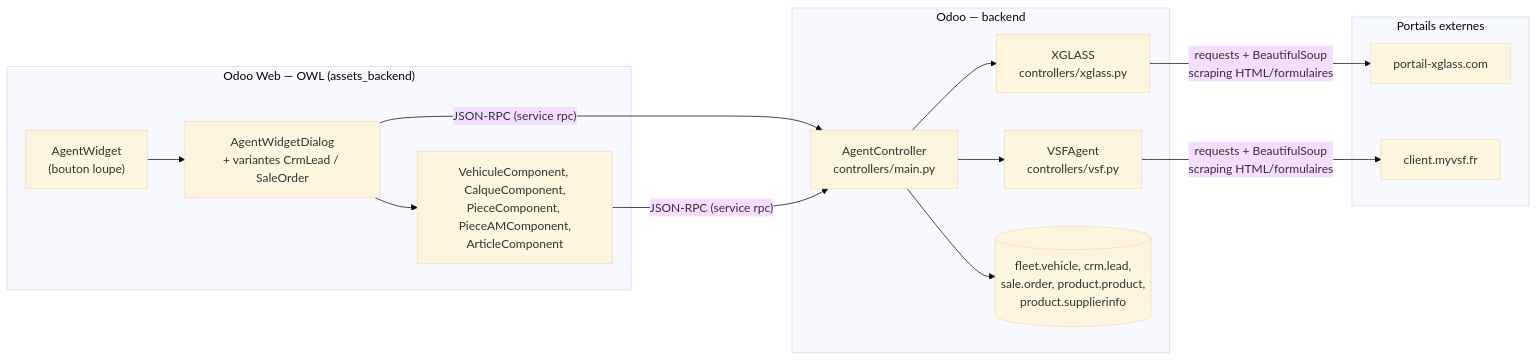
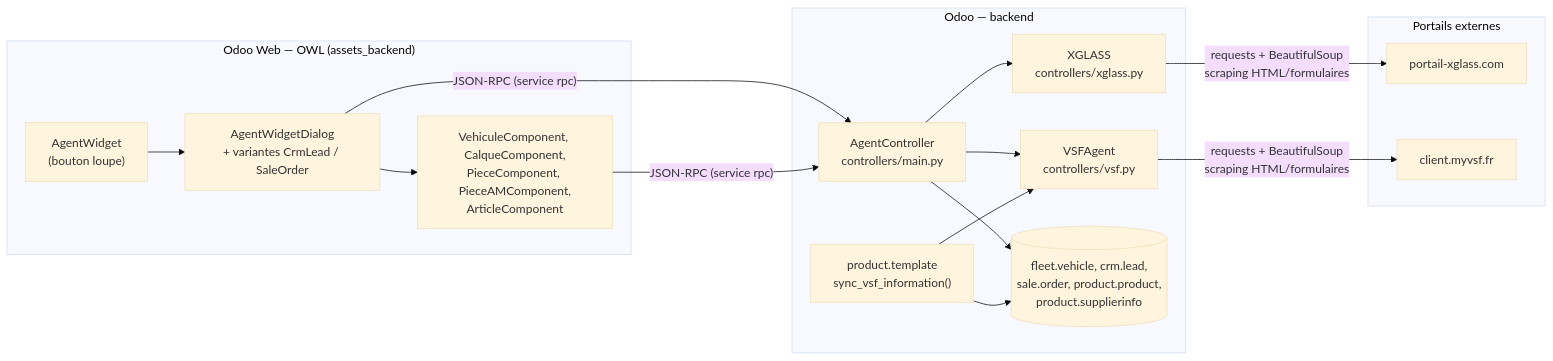
The first of 2 diagrams in rpbm_agent/docs/technique/architecture.md (rpbmSdk/rpbm), drawn with Mermaid (base theme) before and after one commit. The commit also changed other lines of this file and 13 other files, not shown here.

````diff
--- a/rpbm_agent/docs/technique/architecture.md
+++ b/rpbm_agent/docs/technique/architecture.md
@@ -12,28 +12,30 @@
 ```mermaid
 flowchart LR
     subgraph Odoo["Odoo — backend"]
         Controller["AgentController<br/>controllers/main.py"]
         VSFAgent["VSFAgent<br/>controllers/vsf.py"]
         XGlassAgent["XGLASS<br/>controllers/xglass.py"]
         Controller --> VSFAgent
         Controller --> XGlassAgent
         Controller --> Models[("fleet.vehicle, crm.lead,<br/>sale.order, product.product,<br/>product.supplierinfo")]
+        ProductSync["product.template<br/>sync_vsf_information()"] --> VSFAgent
+        ProductSync --> Models
     end
 
     subgraph Frontend["Odoo Web — OWL (assets_backend)"]
         Widget["AgentWidget<br/>(bouton loupe)"]
         Dialog["AgentWidgetDialog<br/>+ variantes CrmLead / SaleOrder"]
         Components["VehiculeComponent, CalqueComponent,<br/>PieceComponent, PieceAMComponent,<br/>ArticleComponent"]
         Widget --> Dialog --> Components
     end
 
     subgraph Externe["Portails externes"]
         XGlassPortal["portail-xglass.com"]
         VSFPortal["client.myvsf.fr"]
     end
 
     Dialog -- "JSON-RPC (service rpc)" --> Controller
     Components -- "JSON-RPC (service rpc)" --> Controller
     XGlassAgent -- "requests + BeautifulSoup<br/>scraping HTML/formulaires" --> XGlassPortal
     VSFAgent -- "requests + BeautifulSoup<br/>scraping HTML/formulaires" --> VSFPortal
 ```
````
